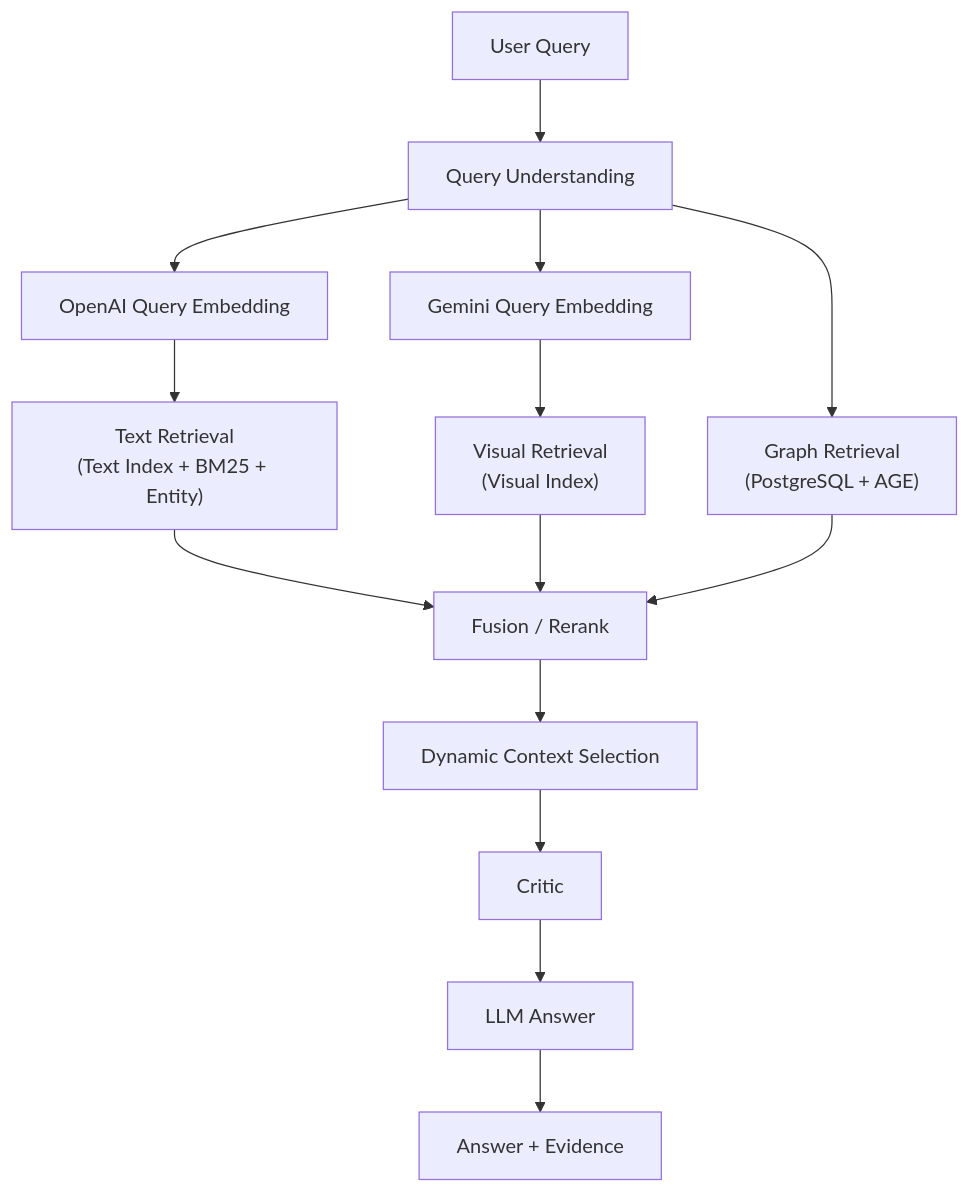
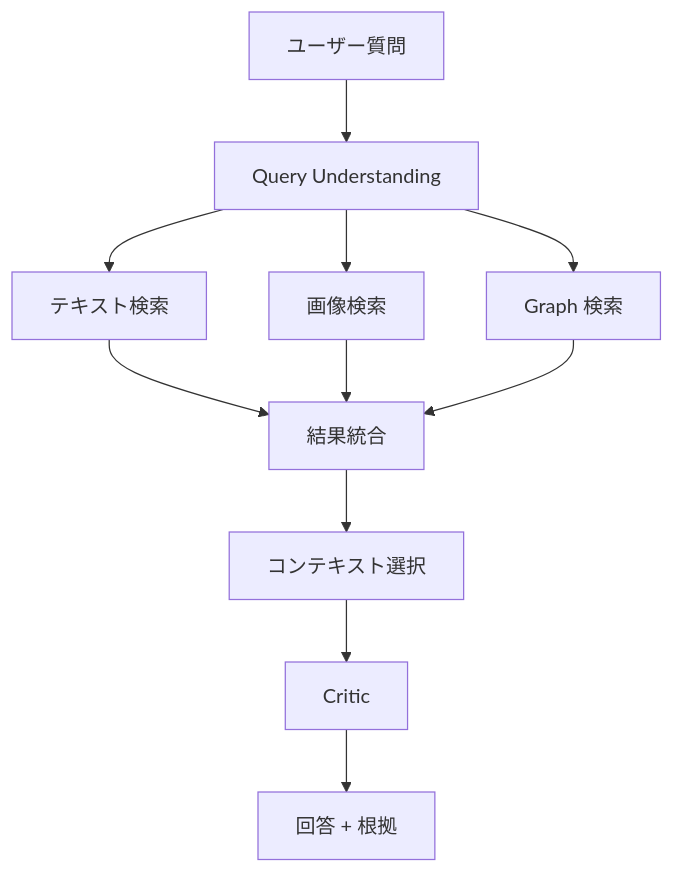
Before and after one commit to tiand23/AIKnowledgeBaseNew: the fourth of 9 diagrams in README_ja.md, drawn with Mermaid. The commit also changed other lines of this file and 2 other files, not shown here.

````diff
--- a/README_ja.md
+++ b/README_ja.md
@@ -160,36 +200,23 @@
 ```mermaid
 flowchart TD
-    Q["User Query"]
+    Q["ユーザー質問"]
     QU["Query Understanding"]
-
-    OQ["OpenAI Query Embedding"]
-    GQ["Gemini Query Embedding"]
-
-    TR["Text Retrieval\n(Text Index + BM25 + Entity)"]
-    VR["Visual Retrieval\n(Visual Index)"]
-    GR["Graph Retrieval\n(PostgreSQL + AGE)"]
-
-    FU["Fusion / Rerank"]
-    DC["Dynamic Context Selection"]
+    TR["テキスト検索"]
+    VR["画像検索"]
+    GR["Graph 検索"]
+    FU["結果統合"]
+    DC["コンテキスト選択"]
     CR["Critic"]
-    LLM2["LLM Answer"]
-    EV["Answer + Evidence"]
+    ANS["回答 + 根拠"]
 
     Q --> QU
-
-    QU --> OQ
-    QU --> GQ
+    QU --> TR
+    QU --> VR
     QU --> GR
-
-    OQ --> TR
-    GQ --> VR
-
     TR --> FU
     VR --> FU
     GR --> FU
-
     FU --> DC
     DC --> CR
-    CR --> LLM2
-    LLM2 --> EV
+    CR --> ANS
 ```
````
